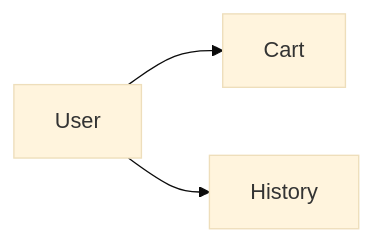
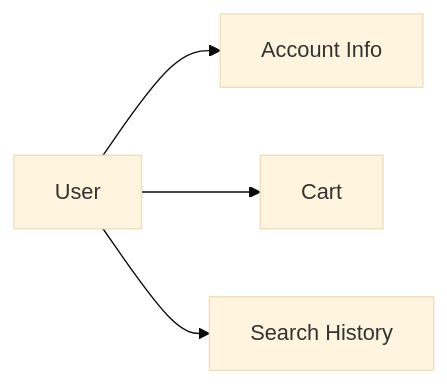
The third of 3 diagrams in README.md (MattisZheng/e-commerce), drawn with Mermaid (base theme) before and after one commit. The commit also changed other lines of this file, not shown here.

````diff
--- a/README.md
+++ b/README.md
@@ -54,9 +55,10 @@
 ```mermaid
 flowchart LR
 
 user[User]
-cart[Cart]
-history[History]
+  accountInfo[Account Info]
+  cart[Cart]
+  searchHistory[Search History]
 
-user --> cart & history
+user --> accountInfo & cart & searchHistory
 ```
````
